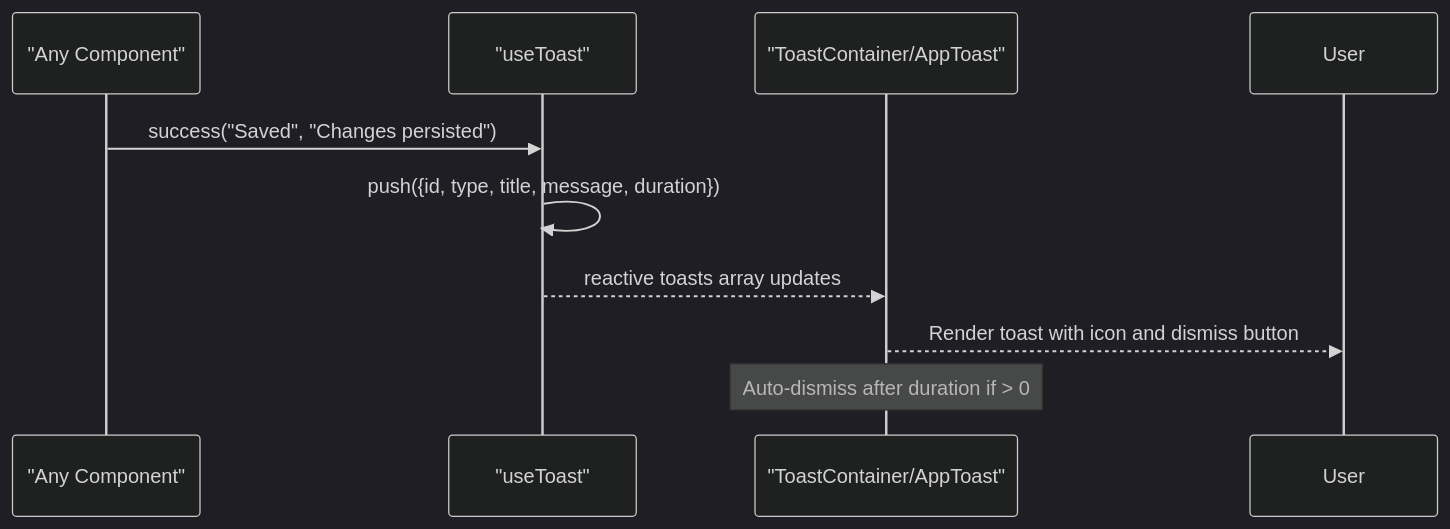
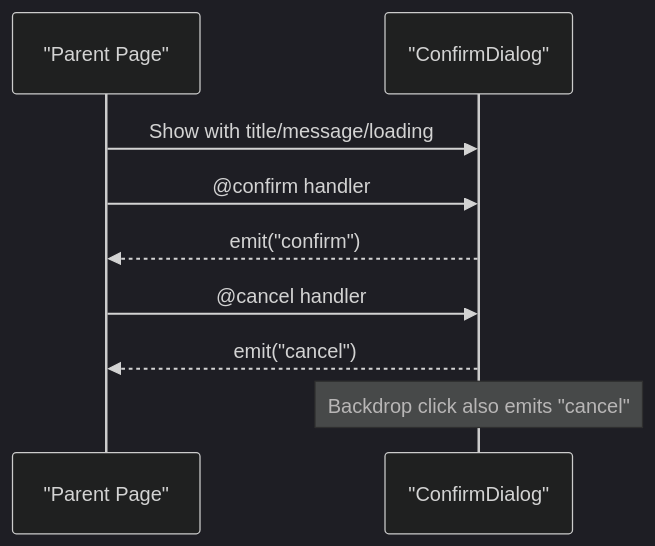
The seventh of 9 diagrams in .qoder/repowiki/en/content/Core UI Components/Core UI Components.md (Lazynerd-Studios/lacarte-atlas-console), drawn with Mermaid (dark theme) before and after one commit. The commit also changed other lines of this file and 139 other files, not shown here.

````diff
--- a/.qoder/repowiki/en/content/Core UI Components/Core UI Components.md
+++ b/.qoder/repowiki/en/content/Core UI Components/Core UI Components.md
@@ -350,11 +406,11 @@
 ```mermaid
 sequenceDiagram
-participant Page as "Any Component"
-participant ToastAPI as "useToast"
-participant Container as "ToastContainer/AppToast"
-Page->>ToastAPI : success("Saved", "Changes persisted")
-ToastAPI->>ToastAPI : push({id, type, title, message, duration})
-ToastAPI-->>Container : reactive toasts array updates
-Container-->>User : Render toast with icon and dismiss button
-Note over Container : Auto-dismiss after duration if > 0
+participant Parent as "Parent Page"
+participant Dialog as "ConfirmDialog"
+Parent->>Dialog : Show with title/message/loading
+Parent->>Dialog : @confirm handler
+Dialog-->>Parent : emit("confirm")
+Parent->>Dialog : @cancel handler
+Dialog-->>Parent : emit("cancel")
+Note over Dialog : Backdrop click also emits "cancel"
 ```
````
